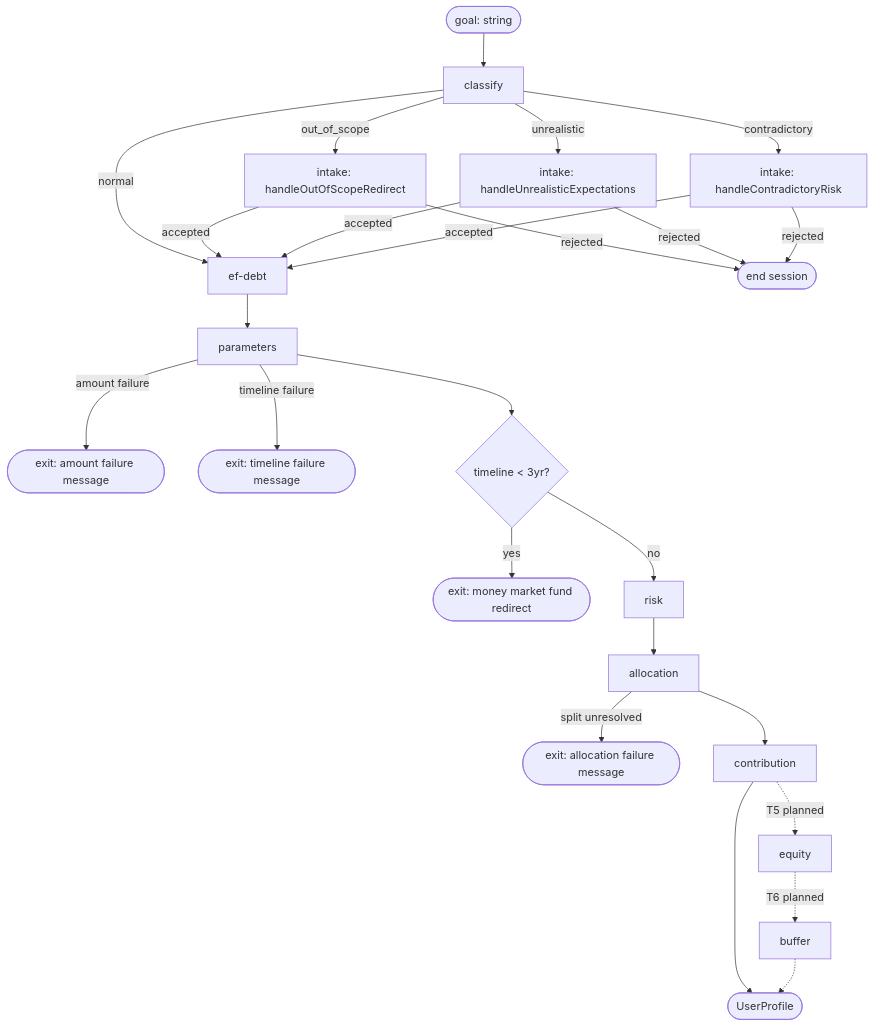
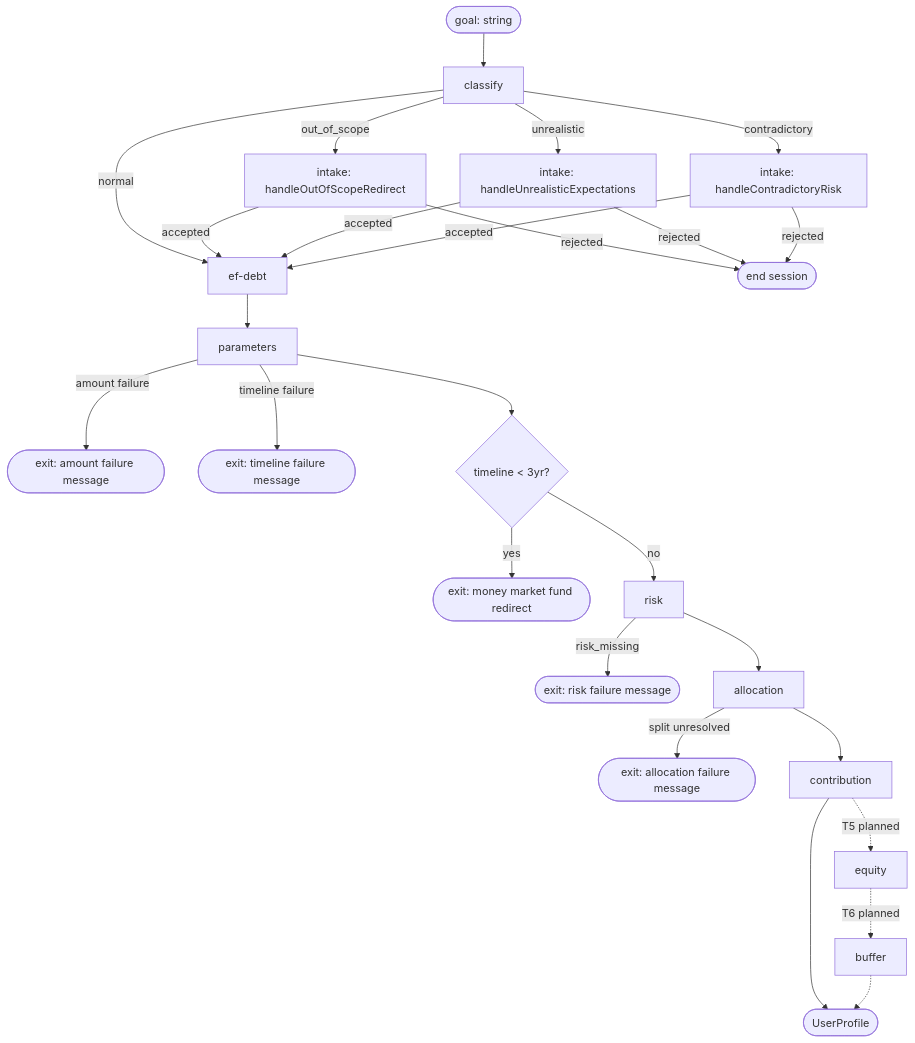
The diagram in documentation/ARCHITECTURE.md (itayg43/lazy-advisor), drawn with Mermaid before and after one commit. The commit also changed other lines of this file and 9 other files, not shown here.

````diff
--- a/documentation/ARCHITECTURE.md
+++ b/documentation/ARCHITECTURE.md
@@ -11,29 +11,30 @@
 ```mermaid
 flowchart TD
     Start([goal: string]) --> Classify[classify]
     Classify -->|normal| EfDebt[ef-debt]
     Classify -->|out_of_scope| OOS[intake: handleOutOfScopeRedirect]
     Classify -->|unrealistic| Unreal[intake: handleUnrealisticExpectations]
     Classify -->|contradictory| Contra[intake: handleContradictoryRisk]
 
     OOS -->|accepted| EfDebt
     OOS -->|rejected| End([end session])
     Unreal -->|accepted| EfDebt
     Unreal -->|rejected| End
     Contra -->|accepted| EfDebt
     Contra -->|rejected| End
 
     EfDebt --> Parameters[parameters]
     Parameters -->|amount failure| ExitAmount([exit: amount failure message])
     Parameters -->|timeline failure| ExitTimeline([exit: timeline failure message])
     Parameters --> ShortHorizon{timeline < 3yr?}
     ShortHorizon -->|yes| ExitShort([exit: money market fund redirect])
     ShortHorizon -->|no| Risk[risk]
+    Risk -->|risk_missing| ExitRisk([exit: risk failure message])
     Risk --> Allocation[allocation]
     Allocation -->|split unresolved| ExitAllocation([exit: allocation failure message])
     Allocation --> Contribution[contribution]
     Contribution --> Profile([UserProfile])
     Contribution -.->|T5 planned| Equity[equity]
     Equity -.->|T6 planned| Buffer[buffer]
     Buffer -.-> Profile
 ```
````
